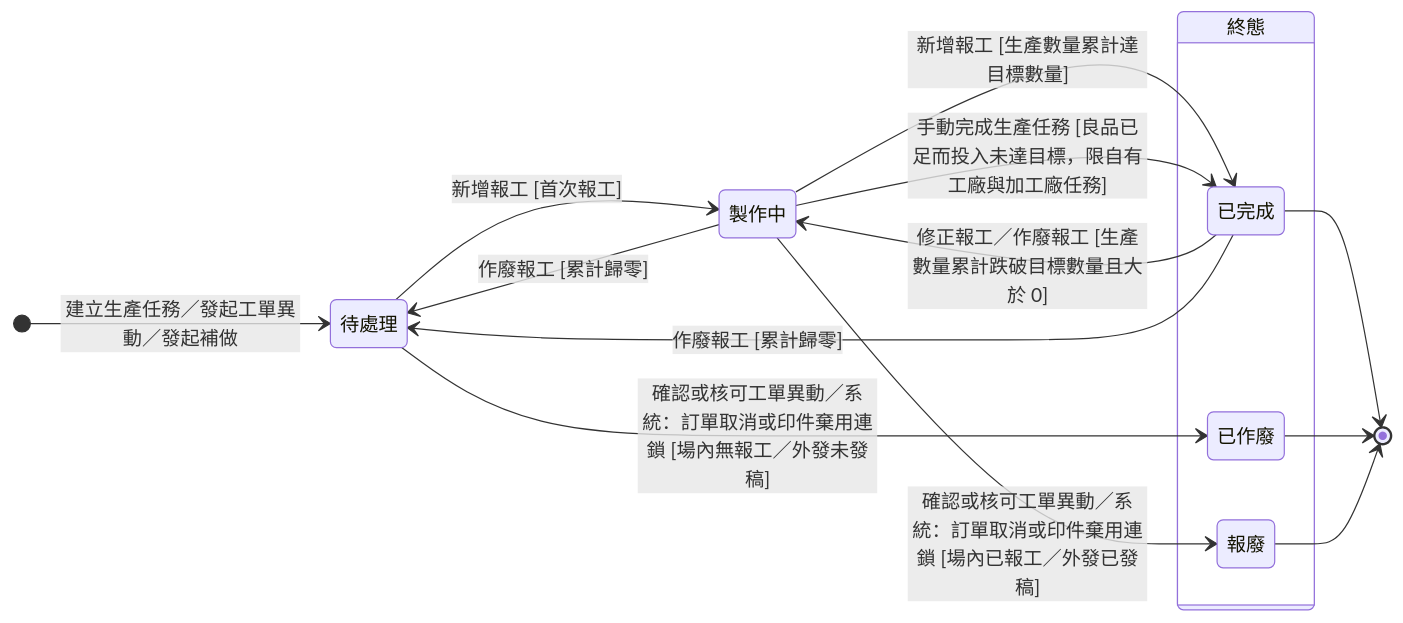
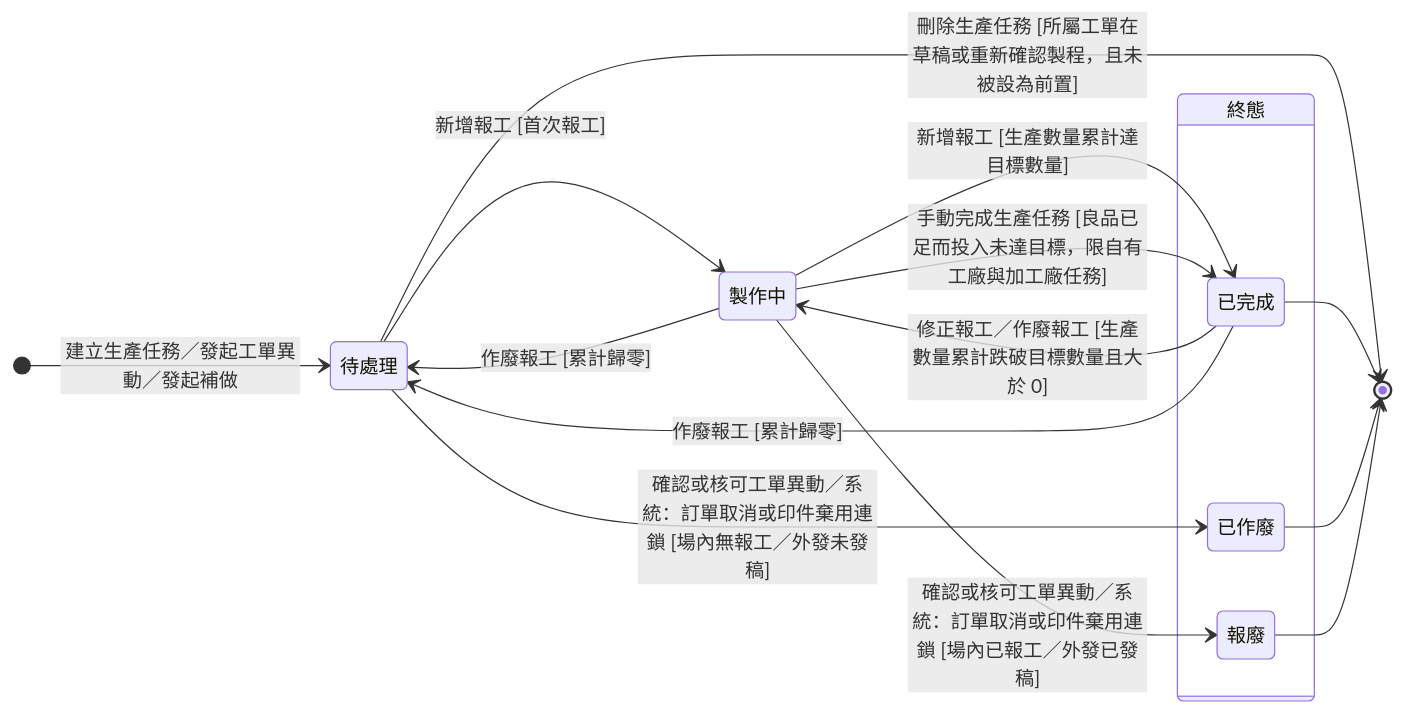
Before and after one commit to Kawato-Miles/erp-spec: the diagram in memory/Sens_wiki/wiki/erp/06-state-machines/生產任務狀態.md, drawn with Mermaid. The commit also changed other lines of this file and 10 other files, not shown here.

````diff
--- a/memory/Sens_wiki/wiki/erp/06-state-machines/生產任務狀態.md
+++ b/memory/Sens_wiki/wiki/erp/06-state-machines/生產任務狀態.md
@@ -49,30 +50,31 @@
 ```mermaid
 stateDiagram-v2
     direction LR
 
     [*] --> s_pending : 建立生產任務／發起工單異動／發起補做
 
     state "待處理" as s_pending
     state "製作中" as s_making
 
     state "終態" as Final {
         state "已完成" as s_done
         state "已作廢" as s_void
         state "報廢" as s_scrap
     }
 
+    s_pending --> [*] : 刪除生產任務 [所屬工單在草稿或重新確認製程，且未被設為前置]
     s_pending --> s_making : 新增報工 [首次報工]
     s_making --> s_done : 新增報工 [生產數量累計達目標數量]
     s_making --> s_done : 手動完成生產任務 [良品已足而投入未達目標，限自有工廠與加工廠任務]
 
     s_making --> s_pending : 作廢報工 [累計歸零]
     s_done --> s_making : 修正報工／作廢報工 [生產數量累計跌破目標數量且大於 0]
     s_done --> s_pending : 作廢報工 [累計歸零]
 
     s_pending --> s_void : 確認或核可工單異動／系統：訂單取消或印件棄用連鎖 [場內無報工／外發未發稿]
     s_making --> s_scrap : 確認或核可工單異動／系統：訂單取消或印件棄用連鎖 [場內已報工／外發已發稿]
 
     s_done --> [*]
     s_void --> [*]
     s_scrap --> [*]
 ```
````
